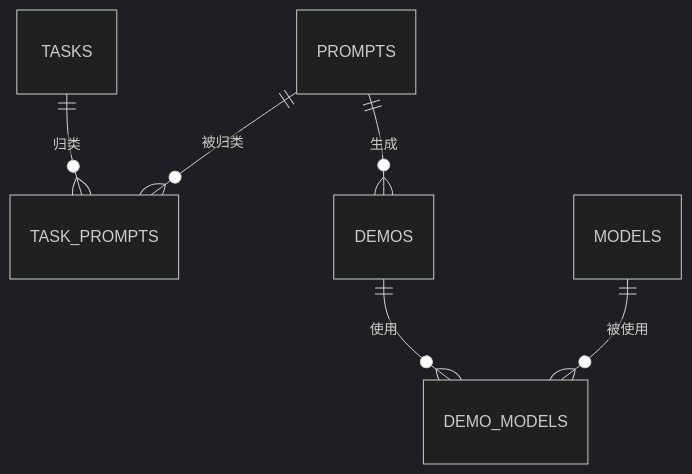
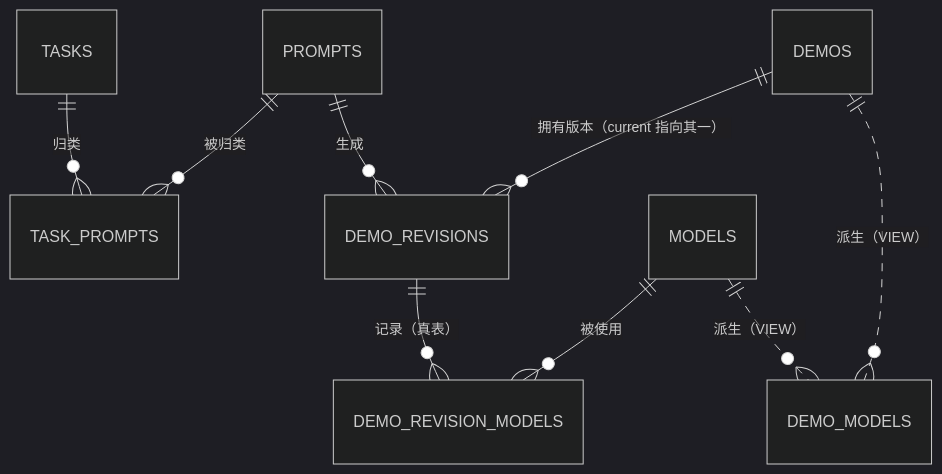
Before and after one commit to deepdemos/ds-demos-showcase: the fifth of 6 diagrams in docs/实体域数据结构设计.md, drawn with Mermaid (dark theme). The commit also changed other lines of this file and 36 other files, not shown here.

````diff
--- a/docs/实体域数据结构设计.md
+++ b/docs/实体域数据结构设计.md
@@ -1457,8 +1637,11 @@
 ```mermaid
 erDiagram
     TASKS ||--o{ TASK_PROMPTS : "归类"
     PROMPTS ||--o{ TASK_PROMPTS : "被归类"
-    PROMPTS ||--o{ DEMOS : "生成"
-    DEMOS ||--o{ DEMO_MODELS : "使用"
-    MODELS ||--o{ DEMO_MODELS : "被使用"
+    PROMPTS ||--o{ DEMO_REVISIONS : "生成"
+    DEMOS ||--o{ DEMO_REVISIONS : "拥有版本（current 指向其一）"
+    DEMO_REVISIONS ||--o{ DEMO_REVISION_MODELS : "记录（真表）"
+    MODELS ||--o{ DEMO_REVISION_MODELS : "被使用"
+    DEMOS ||..o{ DEMO_MODELS : "派生（VIEW）"
+    MODELS ||..o{ DEMO_MODELS : "派生（VIEW）"
 ```
````
